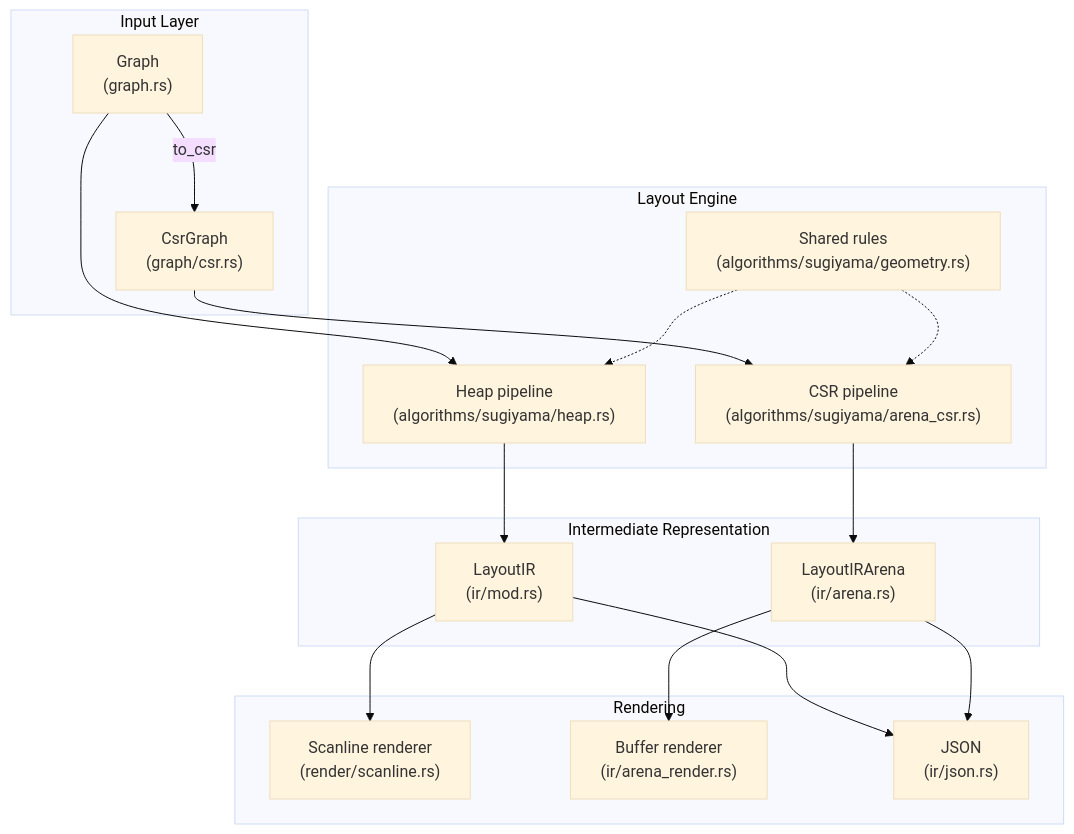
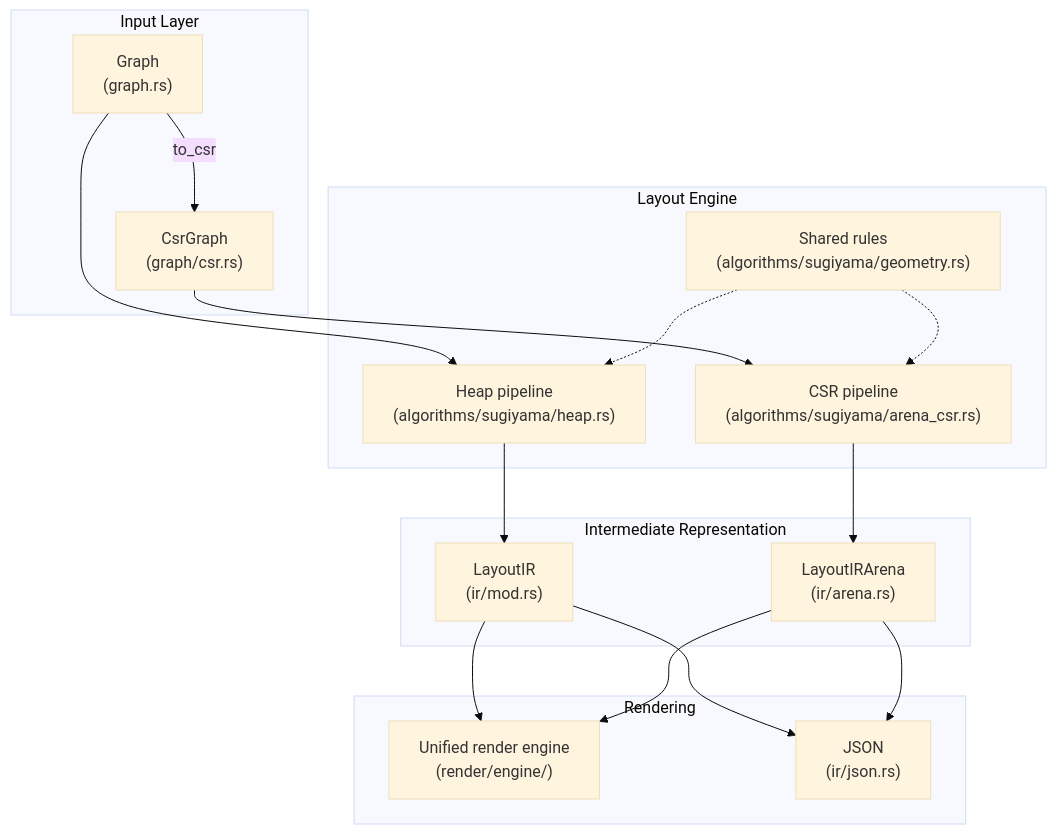
One commit to AshutoshMahala/ascii-dag changed the diagram in ARCHITECTURE.md. Above: the diagram before and after it, drawn with Mermaid (base theme). The commit also changed other lines of this file and 30 other files, not shown here.

First line of the commit message:
Migrate to unified render engine, deprecate legacy renderers

````diff
--- a/ARCHITECTURE.md
+++ b/ARCHITECTURE.md
@@ -7,36 +7,35 @@
 ```mermaid
 graph TD
     subgraph Input["Input Layer"]
         GraphT["Graph<br/>(graph.rs)"]
         CSR["CsrGraph<br/>(graph/csr.rs)"]
     end
 
     subgraph Layout["Layout Engine"]
         Heap["Heap pipeline<br/>(algorithms/sugiyama/heap.rs)"]
         ArenaCsr["CSR pipeline<br/>(algorithms/sugiyama/arena_csr.rs)"]
         Shared["Shared rules<br/>(algorithms/sugiyama/geometry.rs)"]
     end
 
     subgraph IR["Intermediate Representation"]
         LayoutIR["LayoutIR<br/>(ir/mod.rs)"]
         ArenaIR["LayoutIRArena<br/>(ir/arena.rs)"]
     end
 
     subgraph Render["Rendering"]
-        Scanline["Scanline renderer<br/>(render/scanline.rs)"]
-        BufRender["Buffer renderer<br/>(ir/arena_render.rs)"]
+        Engine["Unified render engine<br/>(render/engine/)"]
         Json["JSON<br/>(ir/json.rs)"]
     end
 
     GraphT --> Heap
     GraphT -->|to_csr| CSR
     CSR --> ArenaCsr
     Shared -.-> Heap
     Shared -.-> ArenaCsr
     Heap --> LayoutIR
     ArenaCsr --> ArenaIR
-    LayoutIR --> Scanline
+    LayoutIR --> Engine
     LayoutIR --> Json
-    ArenaIR --> BufRender
+    ArenaIR --> Engine
     ArenaIR --> Json
 ```
````
